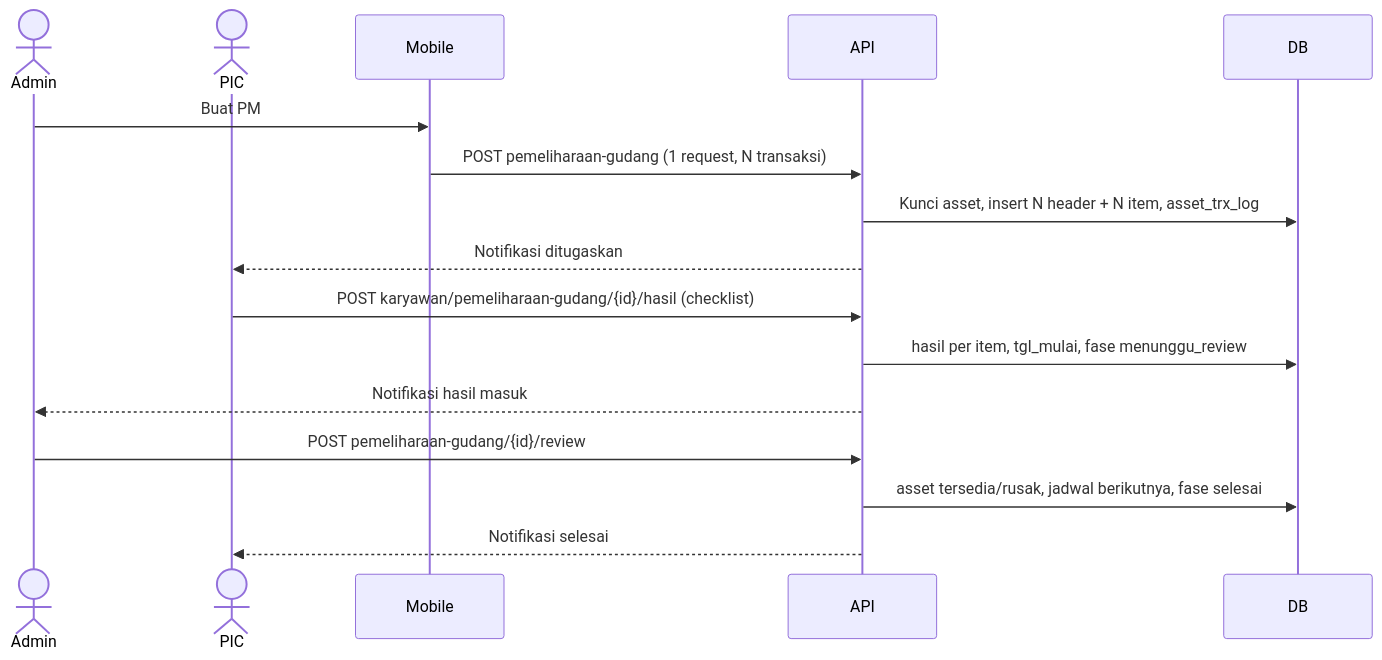
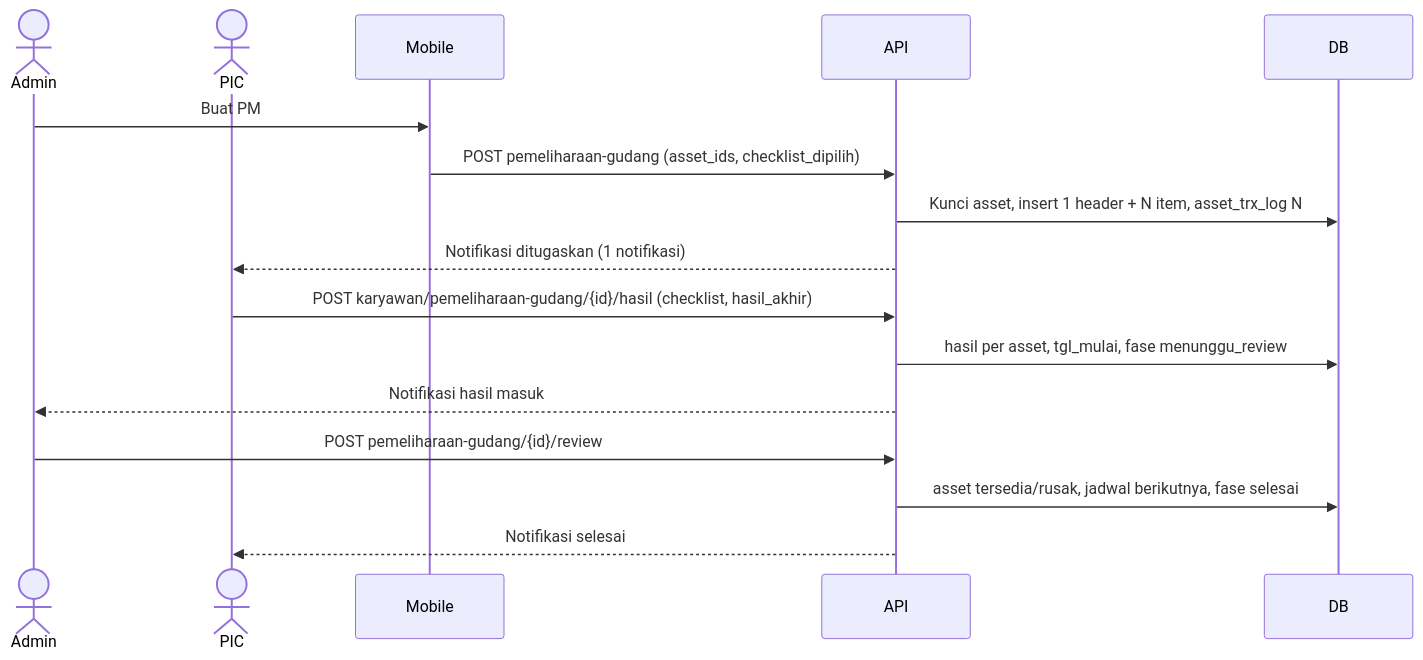
Before and after one commit to setiyawan12/DOKUMENTASI-ASSET: the second of 4 diagrams in dokumentasi-asset-pemeliharaan-gudang.md, drawn with Mermaid. The commit also changed other lines of this file and 13 other files, not shown here.

````diff
--- a/dokumentasi-asset-pemeliharaan-gudang.md
+++ b/dokumentasi-asset-pemeliharaan-gudang.md
@@ -179,18 +191,18 @@
 ```mermaid
 sequenceDiagram
     actor Admin
     actor PIC
     participant App as Mobile
     participant API
     participant DB
     Admin->>App: Buat PM
-    App->>API: POST pemeliharaan-gudang (1 request, N transaksi)
-    API->>DB: Kunci asset, insert N header + N item, asset_trx_log
-    API-->>PIC: Notifikasi ditugaskan
-    PIC->>API: POST karyawan/pemeliharaan-gudang/{id}/hasil (checklist)
-    API->>DB: hasil per item, tgl_mulai, fase menunggu_review
+    App->>API: POST pemeliharaan-gudang (asset_ids, checklist_dipilih)
+    API->>DB: Kunci asset, insert 1 header + N item, asset_trx_log N
+    API-->>PIC: Notifikasi ditugaskan (1 notifikasi)
+    PIC->>API: POST karyawan/pemeliharaan-gudang/{id}/hasil (checklist, hasil_akhir)
+    API->>DB: hasil per asset, tgl_mulai, fase menunggu_review
     API-->>Admin: Notifikasi hasil masuk
     Admin->>API: POST pemeliharaan-gudang/{id}/review
     API->>DB: asset tersedia/rusak, jadwal berikutnya, fase selesai
     API-->>PIC: Notifikasi selesai
 ```
````
